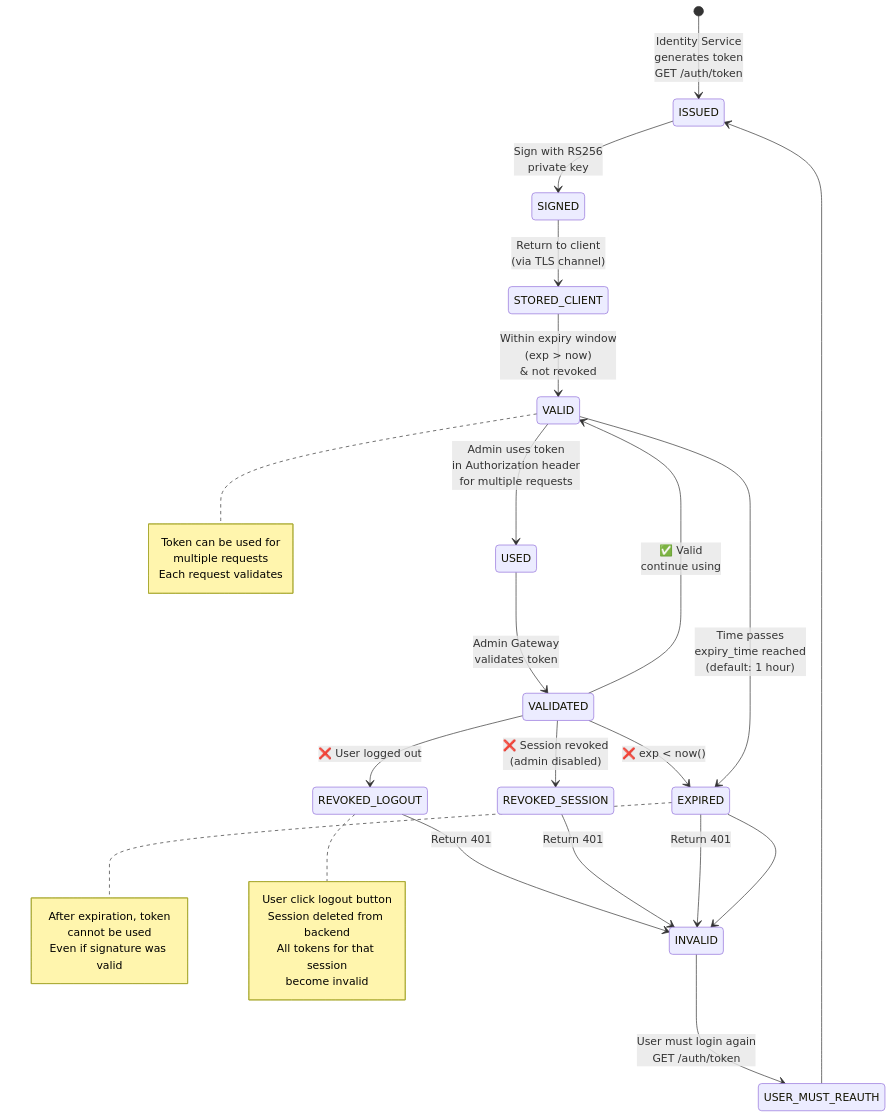
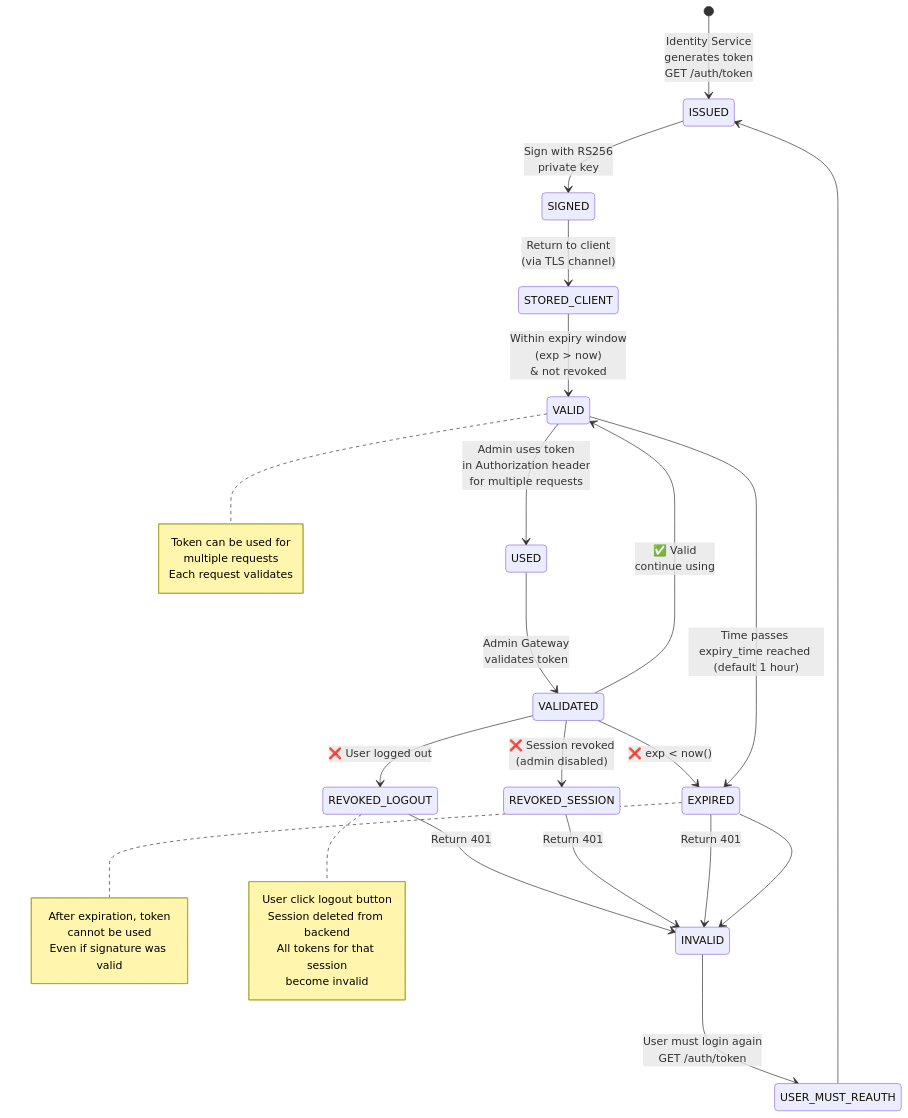
The second of 6 diagrams in docs/services/admin-gateway-service/diagrams-v2/05-state-machine.md (sunitakeazycommerz-a11y/InstaCommerce), drawn with Mermaid before and after one commit. The commit also changed other lines of this file and 13 other files, not shown here.

````diff
--- a/docs/services/admin-gateway-service/diagrams-v2/05-state-machine.md
+++ b/docs/services/admin-gateway-service/diagrams-v2/05-state-machine.md
@@ -116,51 +116,51 @@
 ```mermaid
 stateDiagram-v2
     [*] --> ISSUED: Identity Service<br/>generates token<br/>GET /auth/token
 
     ISSUED --> SIGNED: Sign with RS256<br/>private key
 
     SIGNED --> STORED_CLIENT: Return to client<br/>(via TLS channel)
 
     STORED_CLIENT --> VALID: Within expiry window<br/>(exp > now)<br/>& not revoked
 
     VALID --> USED: Admin uses token<br/>in Authorization header<br/>for multiple requests
 
     USED --> VALIDATED: Admin Gateway<br/>validates token
 
     VALIDATED --> VALID: ✅ Valid<br/>continue using
 
     VALIDATED --> REVOKED_LOGOUT: ❌ User logged out
     VALIDATED --> REVOKED_SESSION: ❌ Session revoked<br/>(admin disabled)
     VALIDATED --> EXPIRED: ❌ exp < now()
 
     REVOKED_LOGOUT --> INVALID: Return 401
     REVOKED_SESSION --> INVALID: Return 401
     EXPIRED --> INVALID: Return 401
 
-    VALID --> EXPIRED: Time passes<br/>expiry_time reached<br/>(default: 1 hour)
+    VALID --> EXPIRED: Time passes expiry_time reached (default 1 hour)
 
     EXPIRED --> INVALID
 
     INVALID --> USER_MUST_REAUTH: User must login again<br/>GET /auth/token
 
     USER_MUST_REAUTH --> ISSUED
 
     note right of VALID
         Token can be used for
         multiple requests
         Each request validates
     end note
 
     note right of EXPIRED
         After expiration, token
         cannot be used
         Even if signature was valid
     end note
 
     note right of REVOKED_LOGOUT
         User click logout button
         Session deleted from backend
         All tokens for that session
         become invalid
     end note
 ```
````
